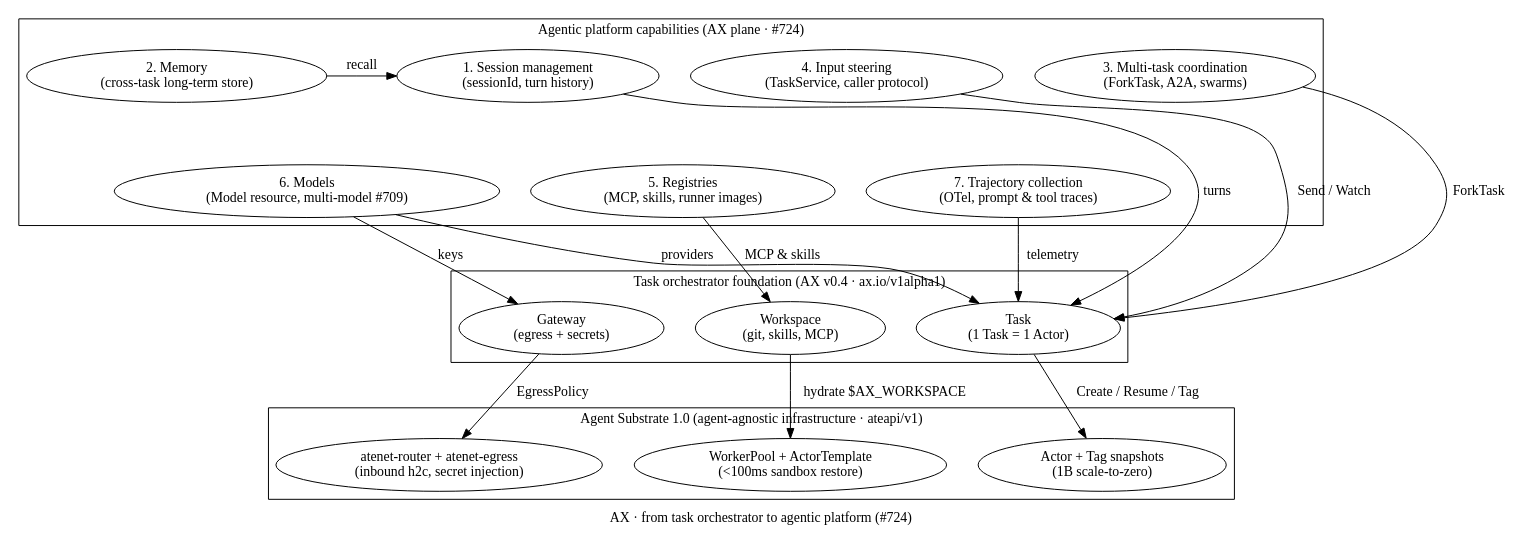
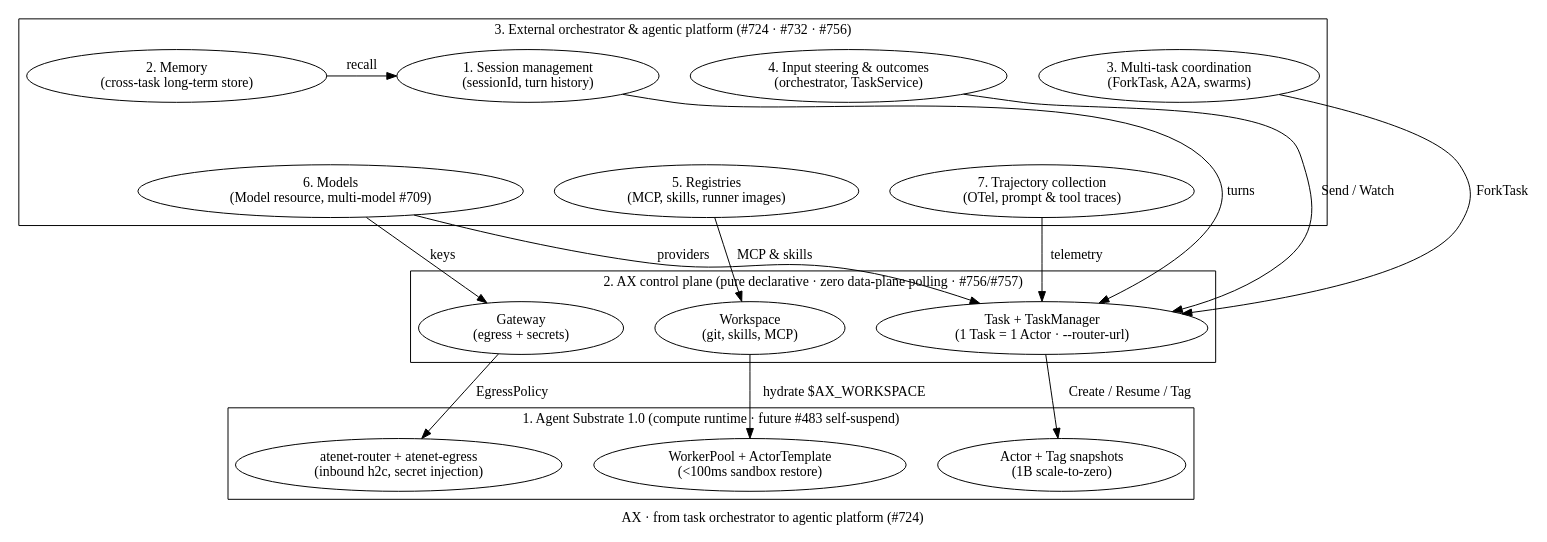
Before and after one commit to ghchinoy/ax-experiments: the diagram in concepts/diagrams/05-agentic-platform-evolution.dot, drawn with Graphviz. The commit also changed 11 other files, not shown here.

First line of the commit message:
docs(concepts): refine to 3-layer stack for #756 (no TaskOutcome/Completed/Failed), #757 (--router-url), and substrate#483

```diff
--- a/concepts/diagrams/05-agentic-platform-evolution.dot
+++ b/concepts/diagrams/05-agentic-platform-evolution.dot
@@ -1,58 +1,58 @@
 // AX evolution: from task orchestrator over Agent Substrate 1.0
 // to a 7-pillar agentic platform (google/ax#724, docs/roadmap.md).
 digraph ax_platform_evolution {
   label = "AX · from task orchestrator to agentic platform (#724)";
   ranksep = 0.85;
   nodesep = 0.45;
 
   subgraph cluster_platform {
-    label = "Agentic platform capabilities (AX plane · #724)";
+    label = "3. External orchestrator & agentic platform (#724 · #732 · #756)";
     class = "accent";
 
     // Row 1: continuity & control
     sessions  [label="1. Session management\n(sessionId, turn history)", class="primary code"];
     memory    [label="2. Memory\n(cross-task long-term store)", class="cat-teal"];
-    steering  [label="4. Input steering\n(TaskService, caller protocol)", class="emphasis code"];
+    steering  [label="4. Input steering & outcomes\n(orchestrator, TaskService)", class="emphasis code"];
     multitask [label="3. Multi-task coordination\n(ForkTask, A2A, swarms)", class="primary"];
 
     // Row 2: governance, models & observability
     models       [label="6. Models\n(Model resource, multi-model #709)", class="code"];
     registries   [label="5. Registries\n(MCP, skills, runner images)", class="code"];
     trajectories [label="7. Trajectory collection\n(OTel, prompt & tool traces)", class="positive"];
 
     // Keep the 7 pillars in a crisp 4-over-3 grid inside the platform cluster.
     memory -> sessions [label="recall", class="async", constraint=false];
     sessions  -> models       [style=invis];
     steering  -> registries   [style=invis];
     multitask -> trajectories [style=invis];
   }
 
   subgraph cluster_core {
-    label = "Task orchestrator foundation (AX v0.4 · ax.io/v1alpha1)";
+    label = "2. AX control plane (pure declarative · zero data-plane polling · #756/#757)";
     class = "accent";
-    task      [label="Task\n(1 Task = 1 Actor)", class="emphasis code"];
+    task      [label="Task + TaskManager\n(1 Task = 1 Actor · --router-url)", class="emphasis code"];
     workspace [label="Workspace\n(git, skills, MCP)", class="code"];
     gateway   [label="Gateway\n(egress + secrets)", class="code"];
   }
 
   subgraph cluster_sub {
-    label = "Agent Substrate 1.0 (agent-agnostic infrastructure · ateapi/v1)";
+    label = "1. Agent Substrate 1.0 (compute runtime · future #483 self-suspend)";
     actors     [label="Actor + Tag snapshots\n(1B scale-to-zero)", class="store"];
     workerpool [label="WorkerPool + ActorTemplate\n(<100ms sandbox restore)", class="muted"];
     netedge    [label="atenet-router + atenet-egress\n(inbound h2c, secret injection)", class="muted code"];
   }
 
   // Platform -> Core
   sessions     -> task      [label="turns"];
   steering     -> task      [label="Send / Watch", class="primary"];
   multitask    -> task      [label="ForkTask", class="primary"];
   models       -> task      [label="providers"];
   models       -> gateway   [label="keys", class="positive"];
   registries   -> workspace [label="MCP & skills"];
   trajectories -> task      [label="telemetry", class="positive"];
 
   // Core -> Substrate
   task      -> actors     [label="Create / Resume / Tag", class="primary code"];
   workspace -> workerpool [label="hydrate $AX_WORKSPACE"];
   gateway   -> netedge    [label="EgressPolicy"];
 }
```
